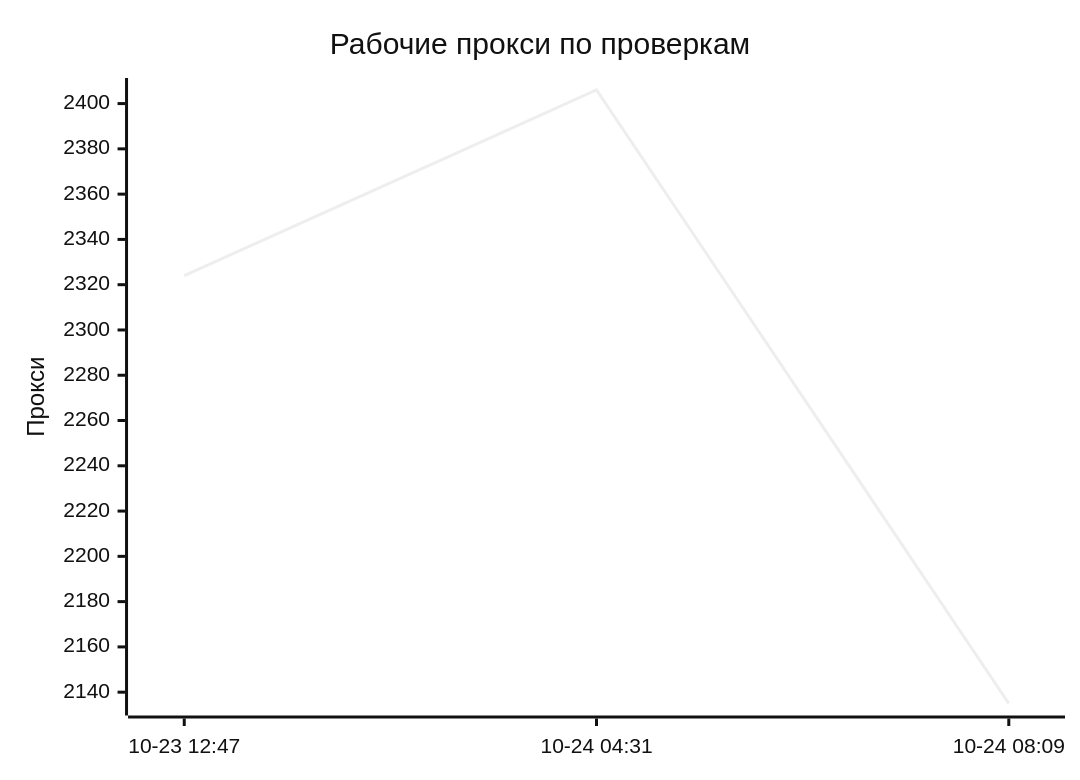
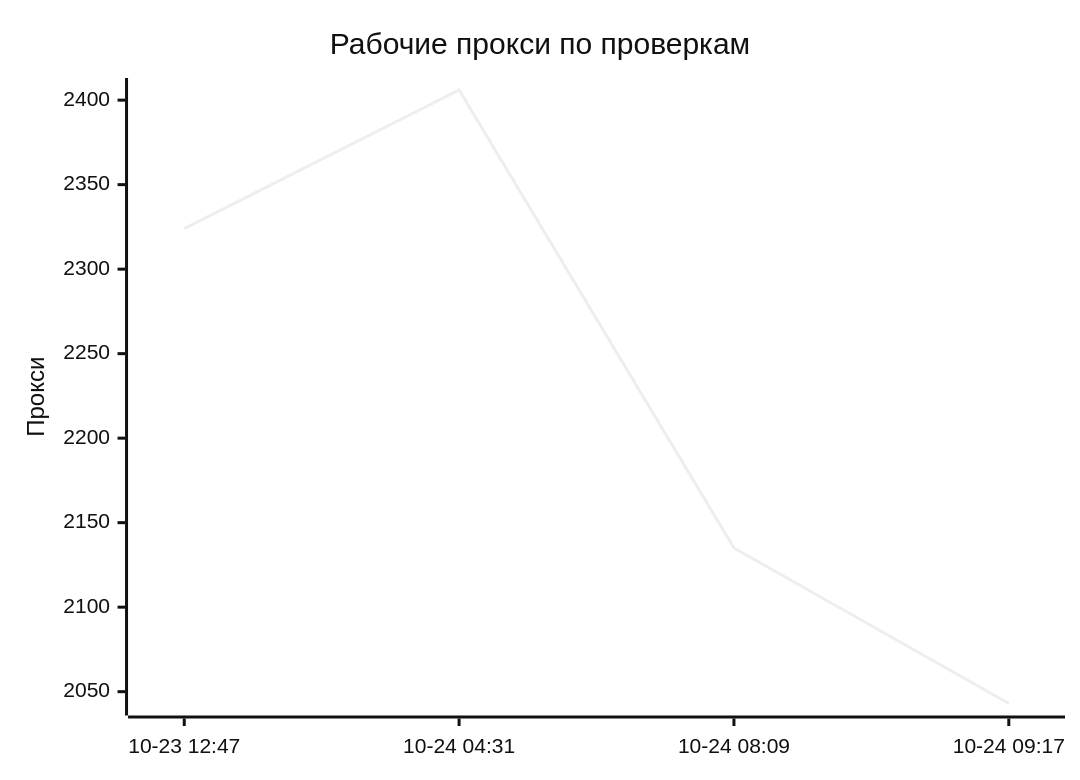
One commit to rvvg/proxy-subs changed the first of 4 diagrams in README.md. Above: the diagram before and after it, drawn with Mermaid (neutral theme). The commit also changed other lines of this file and 51 other files, not shown here.

````diff
--- a/README.md
+++ b/README.md
@@ -124,7 +124,7 @@
 ```mermaid
 xychart-beta
     title "Рабочие прокси по проверкам"
-    x-axis ["10-23 12:47", "10-24 04:31", "10-24 08:09"]
+    x-axis ["10-23 12:47", "10-24 04:31", "10-24 08:09", "10-24 09:17"]
     y-axis "Прокси"
-    line [2324, 2406, 2135]
+    line [2324, 2406, 2135, 2043]
 ```
````
